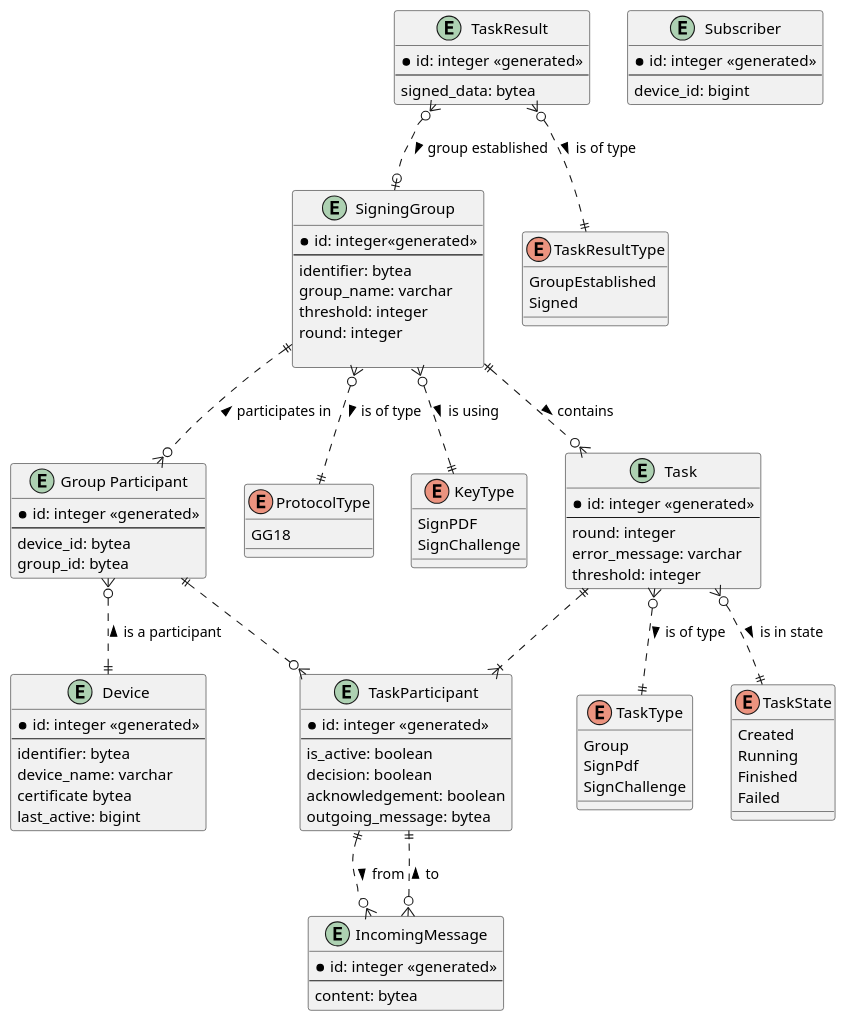
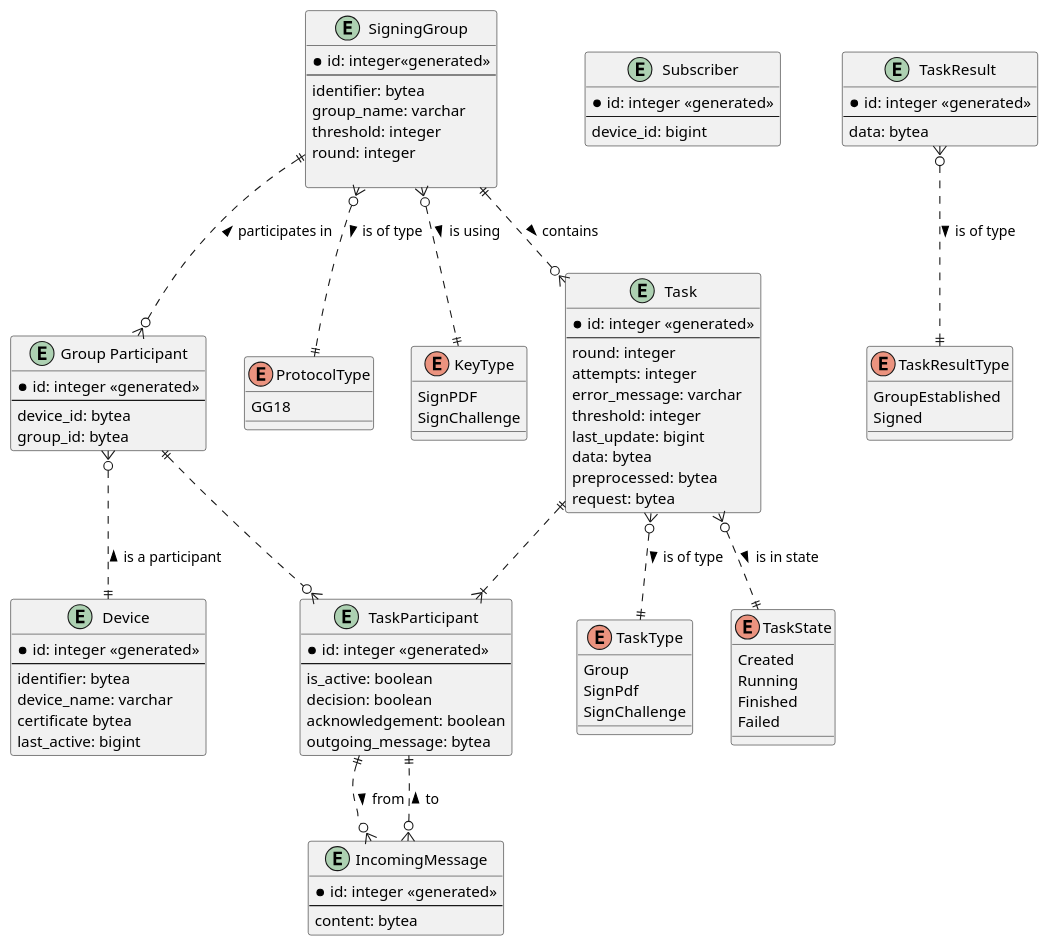
Before and after one commit to KristianMika/meesign-server: the diagram in docs/diagrams/meesign-erd.plantuml, drawn with PlantUML. The commit also changed 3 other files, not shown here.

```diff
--- a/docs/diagrams/meesign-erd.plantuml
+++ b/docs/diagrams/meesign-erd.plantuml
@@ -1,106 +1,112 @@
 @startuml meesign-erd
 
 'skinparam linetype ortho
 
 entity "Device" as device {
     * id: integer <<generated>>
     --
     identifier: bytea
     device_name: varchar
     certificate bytea
     last_active: bigint
 }
 
 entity "Subscriber" as subscriber {
     * id: integer <<generated>>
     --
     device_id: bigint
 }
 entity "Group Participant" as group_participant {
     * id: integer <<generated>>
     --
     device_id: bytea
     group_id: bytea
 }
 
 entity "SigningGroup" as group {
     * id: integer<<generated>>
     --
     identifier: bytea
     group_name: varchar
     threshold: integer
     round: integer
 
 }
 
 enum "ProtocolType" as protocol_type {
     GG18
 }
 
 enum "KeyType" as key_type {
     SignPDF
     SignChallenge
 }
 
 
+
 entity "Task" as task {
     * id: integer <<generated>>
     --
     round: integer
+    attempts: integer
     error_message: varchar
     threshold: integer
+    last_update: bigint
+    data: bytea
+    preprocessed: bytea
+    request: bytea
 }
 
 entity "TaskParticipant" as task_participant{
     * id: integer <<generated>>
     --
     is_active: boolean
     decision: boolean
     acknowledgement: boolean
     outgoing_message: bytea
 }
 
 entity "IncomingMessage" as incoming_message {
     * id: integer <<generated>>
     --
     content: bytea
 }
 
 enum "TaskType" as task_type {
     Group
     SignPdf
     SignChallenge
 }
 
 enum "TaskState" as stask_state {
     Created
     Running
     Finished
     Failed
 }
 
 entity "TaskResult" as task_result {
     * id: integer <<generated>>
     --
-    signed_data: bytea
+    data: bytea
 }
 
 enum "TaskResultType" as task_result_type {
     GroupEstablished
     Signed
 }
 
 group ||..o{ group_participant: < participates in
 group }o..|| key_type: is using >
 group_participant }o..|| device: < is a participant
 group }o..|| protocol_type: > is of type
 task }o..|| task_type: > is of type
 group ||..o{ task: > contains
 task }o..|| stask_state: > is in state
-task_result }o..o| group : > group established
+' task_result }o..o| group : > group established
 task_result }o..|| task_result_type: > is of type
 task ||..|{ task_participant
 group_participant ||..o{ task_participant
 task_participant ||..o{ incoming_message: > from
 incoming_message }o..|| task_participant : > to
 @enduml
```
